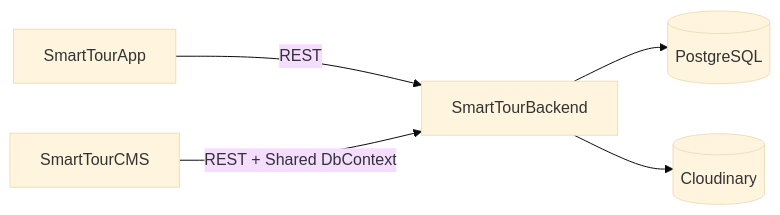
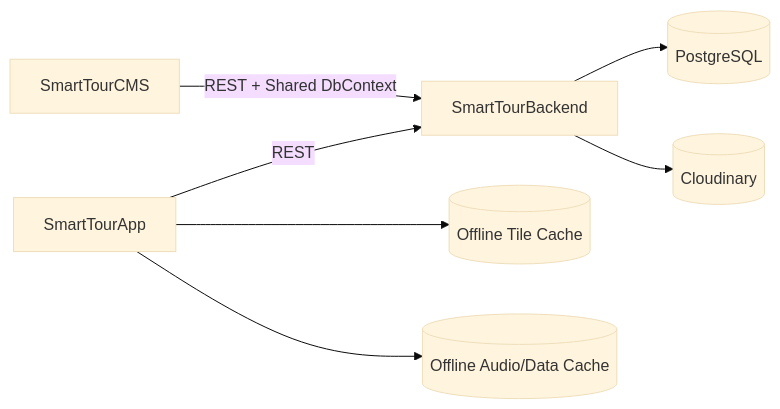
The first of 8 diagrams in PRD_SmartTour.md (EricHoang28092k5/SmartTour), drawn with Mermaid (base theme) before and after one commit. The commit also changed other lines of this file, not shown here.

````diff
--- a/PRD_SmartTour.md
+++ b/PRD_SmartTour.md
@@ -197,7 +215,9 @@
 ```mermaid
 flowchart LR
     APP[SmartTourApp] -->|REST| API[SmartTourBackend]
     CMS[SmartTourCMS] -->|REST + Shared DbContext| API
     API --> DB[(PostgreSQL)]
     API --> CND[(Cloudinary)]
+    APP --> OFFMAP[(Offline Tile Cache)]
+    APP --> OFFDB[(Offline Audio/Data Cache)]
 ```
````
